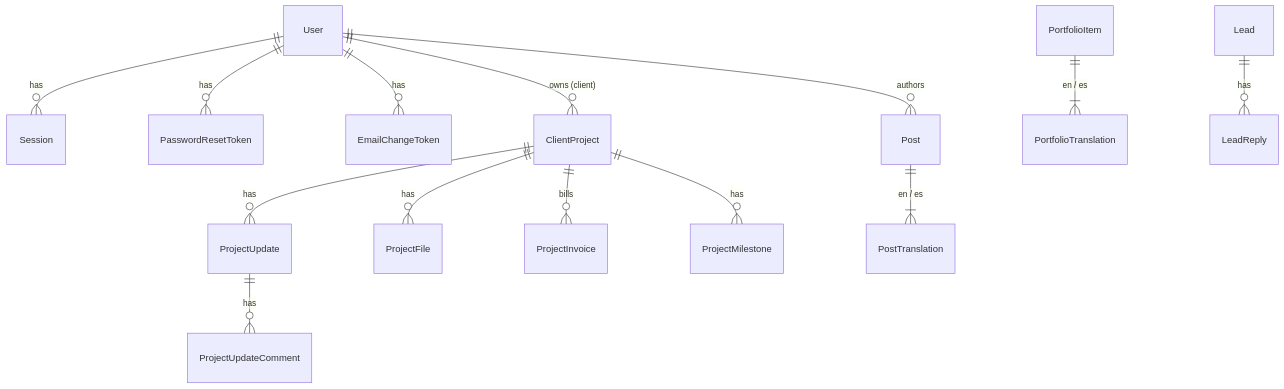
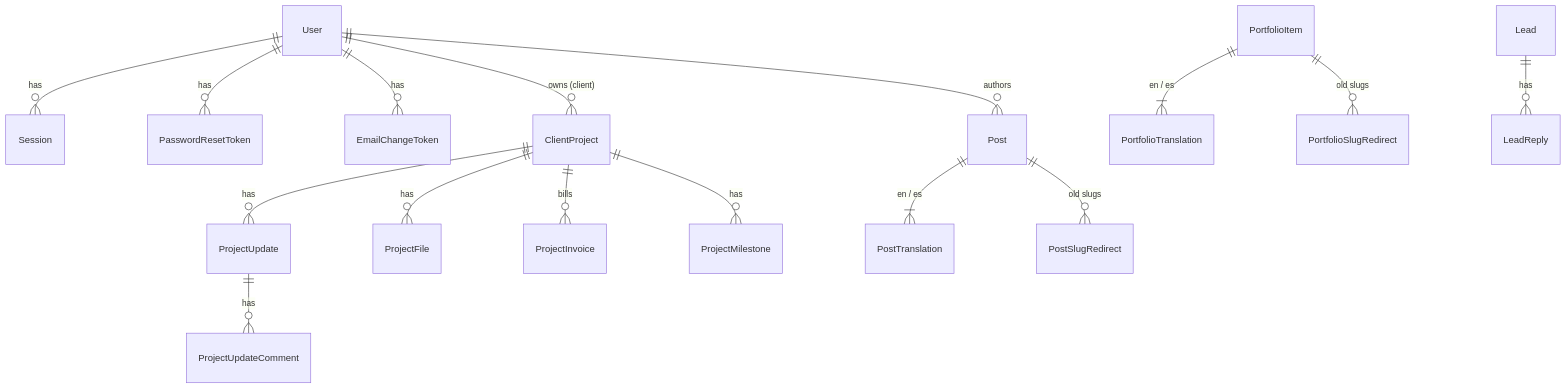
One commit to Codeqlick/Codeqlick changed the second of 3 diagrams in docs/architecture.md. Above: the diagram before and after it, drawn with Mermaid. The commit also changed other lines of this file, not shown here.

First line of the commit message:
docs(content): specify redirects from old post and case study slugs

````diff
--- a/docs/architecture.md
+++ b/docs/architecture.md
@@ -149,16 +149,18 @@
 ```mermaid
 erDiagram
   User ||--o{ Session : has
   User ||--o{ PasswordResetToken : has
   User ||--o{ EmailChangeToken : has
   User ||--o{ ClientProject : "owns (client)"
   User ||--o{ Post : authors
   ClientProject ||--o{ ProjectUpdate : has
   ClientProject ||--o{ ProjectFile : has
   ClientProject ||--o{ ProjectInvoice : bills
   ClientProject ||--o{ ProjectMilestone : has
   ProjectUpdate ||--o{ ProjectUpdateComment : has
   Post ||--|{ PostTranslation : "en / es"
   PortfolioItem ||--|{ PortfolioTranslation : "en / es"
+  Post ||--o{ PostSlugRedirect : "old slugs"
+  PortfolioItem ||--o{ PortfolioSlugRedirect : "old slugs"
   Lead ||--o{ LeadReply : has
 ```
````
